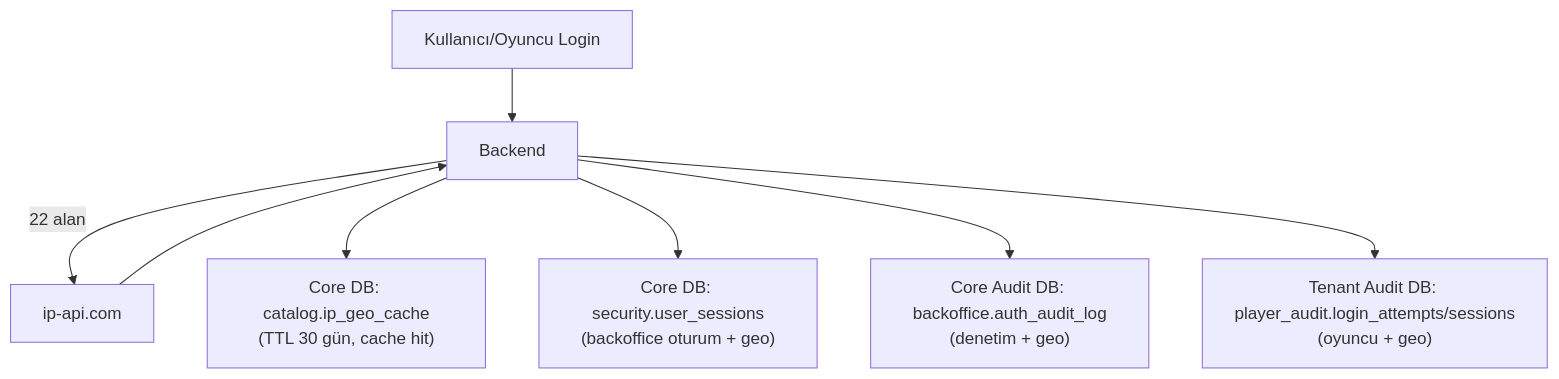
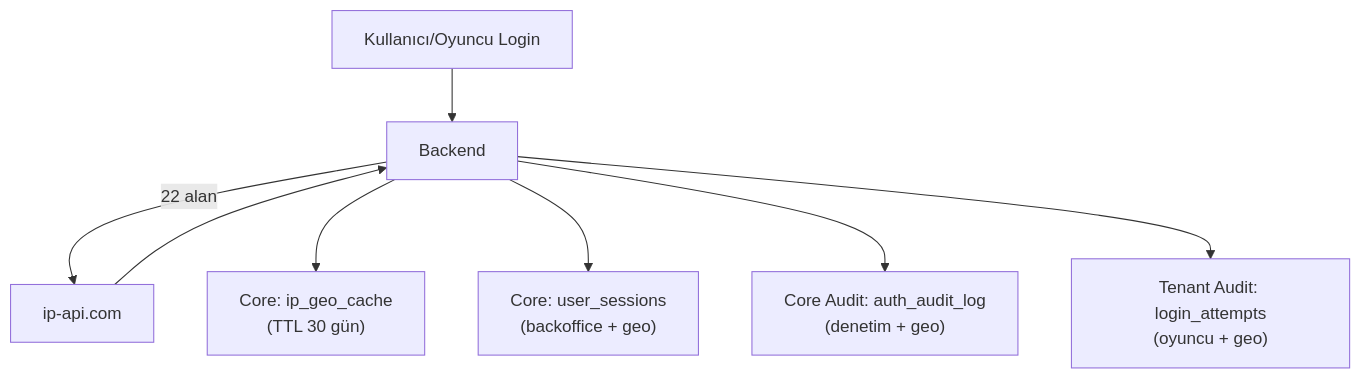
Before and after one commit to frhtshn/One.DB: the fourth of 5 diagrams in .docs/reference/PROJECT_OVERVIEW.md, drawn with Mermaid. The commit also changed other lines of this file and 6 other files, not shown here.

Commit message:
docs: Update flowchart formatting for improved readability in multiple guides

````diff
--- a/.docs/reference/PROJECT_OVERVIEW.md
+++ b/.docs/reference/PROJECT_OVERVIEW.md
@@ -267,10 +267,10 @@
 ```mermaid
 flowchart TD
     L["Kullanıcı/Oyuncu Login"] --> BE["Backend"]
     BE -- "22 alan" --> IP["ip-api.com"]
     IP --> BE
-    BE --> G1["Core DB: catalog.ip_geo_cache\n(TTL 30 gün, cache hit)"]
-    BE --> G2["Core DB: security.user_sessions\n(backoffice oturum + geo)"]
-    BE --> G3["Core Audit DB: backoffice.auth_audit_log\n(denetim + geo)"]
-    BE --> G4["Tenant Audit DB: player_audit.login_attempts/sessions\n(oyuncu + geo)"]
+    BE --> G1["Core: ip_geo_cache<br/>(TTL 30 gün)"]
+    BE --> G2["Core: user_sessions<br/>(backoffice + geo)"]
+    BE --> G3["Core Audit: auth_audit_log<br/>(denetim + geo)"]
+    BE --> G4["Tenant Audit: login_attempts<br/>(oyuncu + geo)"]
 ```
````
